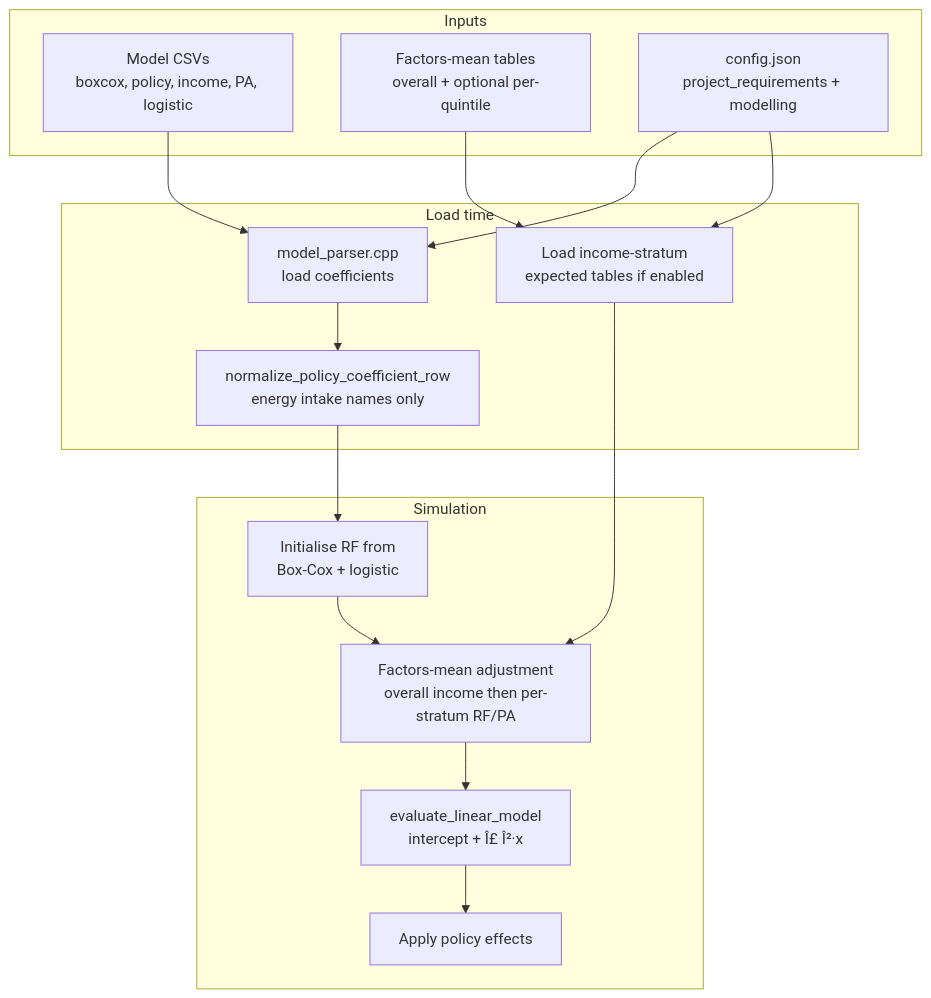
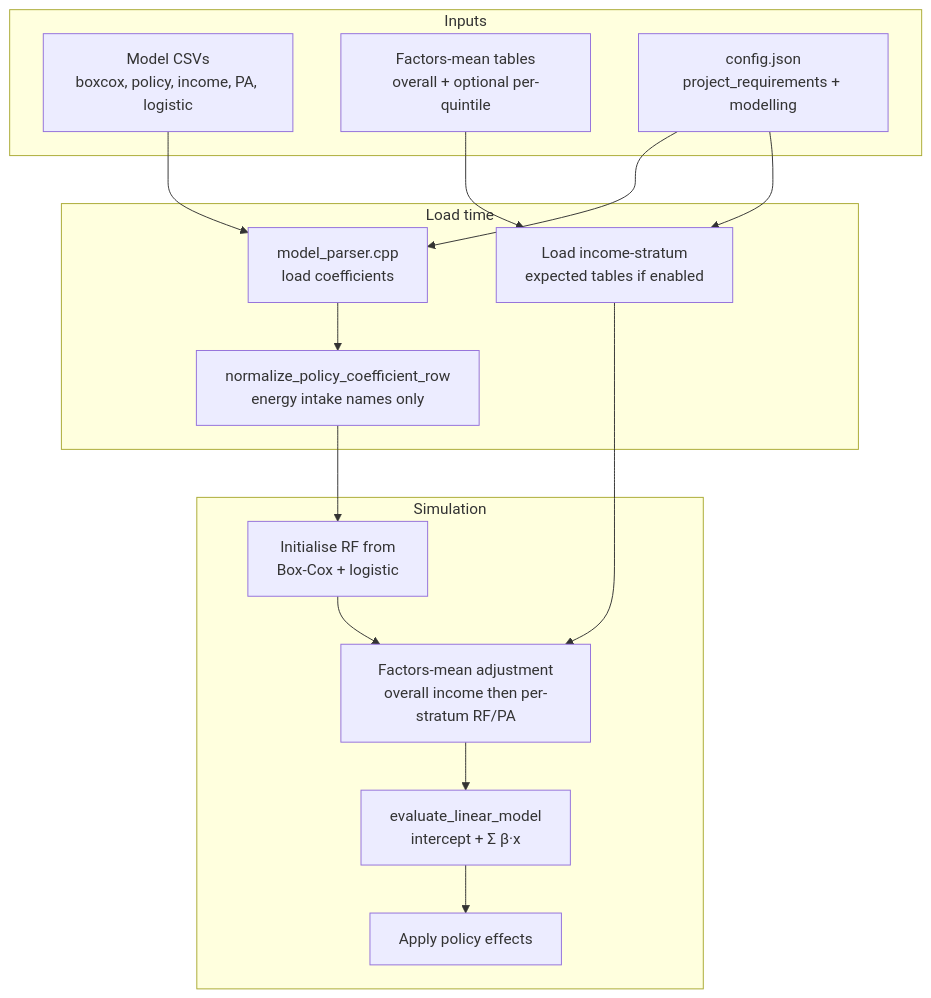
Before and after one commit to imperialCHEPI/healthgps: the first of 4 diagrams in documentation/technical/guides/finch-linear-models-and-income-adjustment.md, drawn with Mermaid. The commit also changed other lines of this file and 11 other files, not shown here.

Commit message:
added relevenat diagrams

````diff
--- a/documentation/technical/guides/finch-linear-models-and-income-adjustment.md
+++ b/documentation/technical/guides/finch-linear-models-and-income-adjustment.md
@@ -55,32 +61,32 @@
 ```mermaid
 flowchart TB
     subgraph inputs [Inputs]
         CSV[Model CSVs<br/>boxcox, policy, income, PA, logistic]
         FM[Factors-mean tables<br/>overall + optional per-quintile]
         CFG[config.json<br/>project_requirements + modelling]
     end
 
     subgraph load [Load time]
         PARSER[model_parser.cpp<br/>load coefficients]
         NORM[normalize_policy_coefficient_row<br/>energy intake names only]
         STRATUM[Load income-stratum<br/>expected tables if enabled]
     end
 
     subgraph sim [Simulation]
         INIT[Initialise RF from<br/>Box-Cox + logistic]
         ADJ[Factors-mean adjustment<br/>overall income then per-stratum RF/PA]
-        EVAL[evaluate_linear_model<br/>intercept + Î£ Î²·x]
+        EVAL[evaluate_linear_model<br/>intercept + Σ β·x]
         POL[Apply policy effects]
     end
 
     CSV --> PARSER
     CFG --> PARSER
     CFG --> STRATUM
     FM --> STRATUM
     PARSER --> NORM
     NORM --> INIT
     STRATUM --> ADJ
     INIT --> ADJ
     ADJ --> EVAL
     EVAL --> POL
 ```
````
